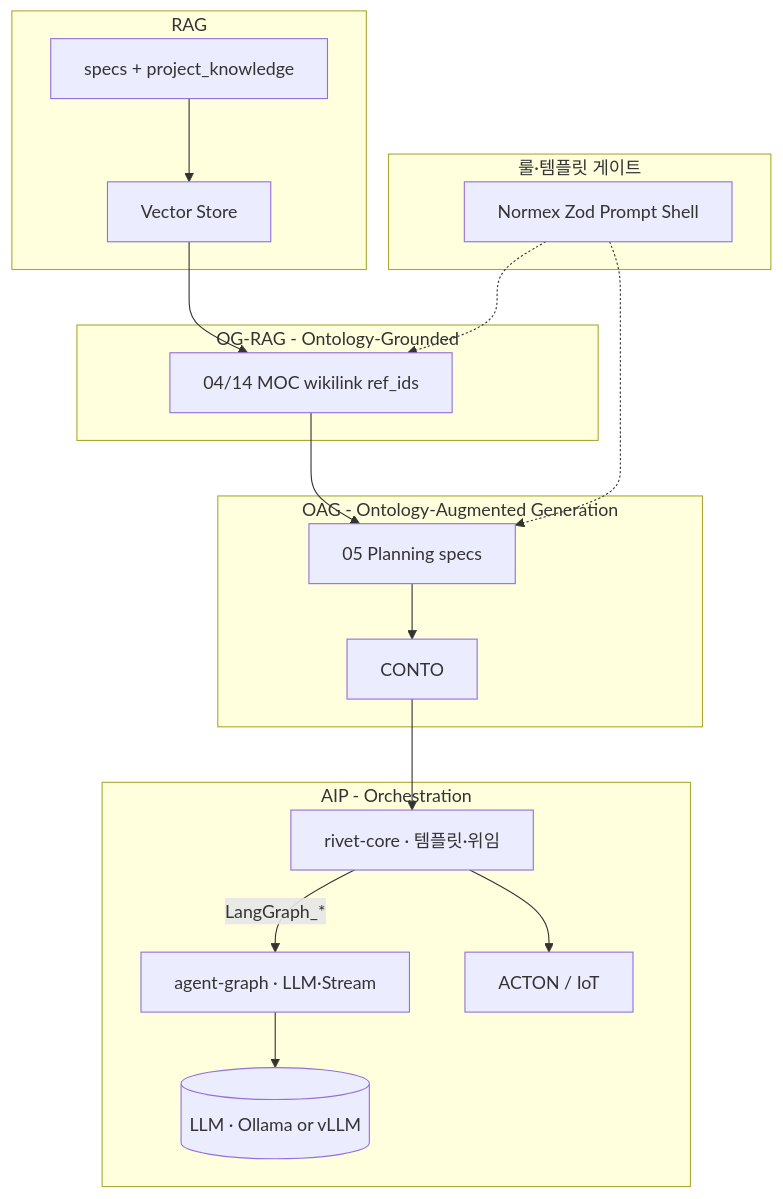
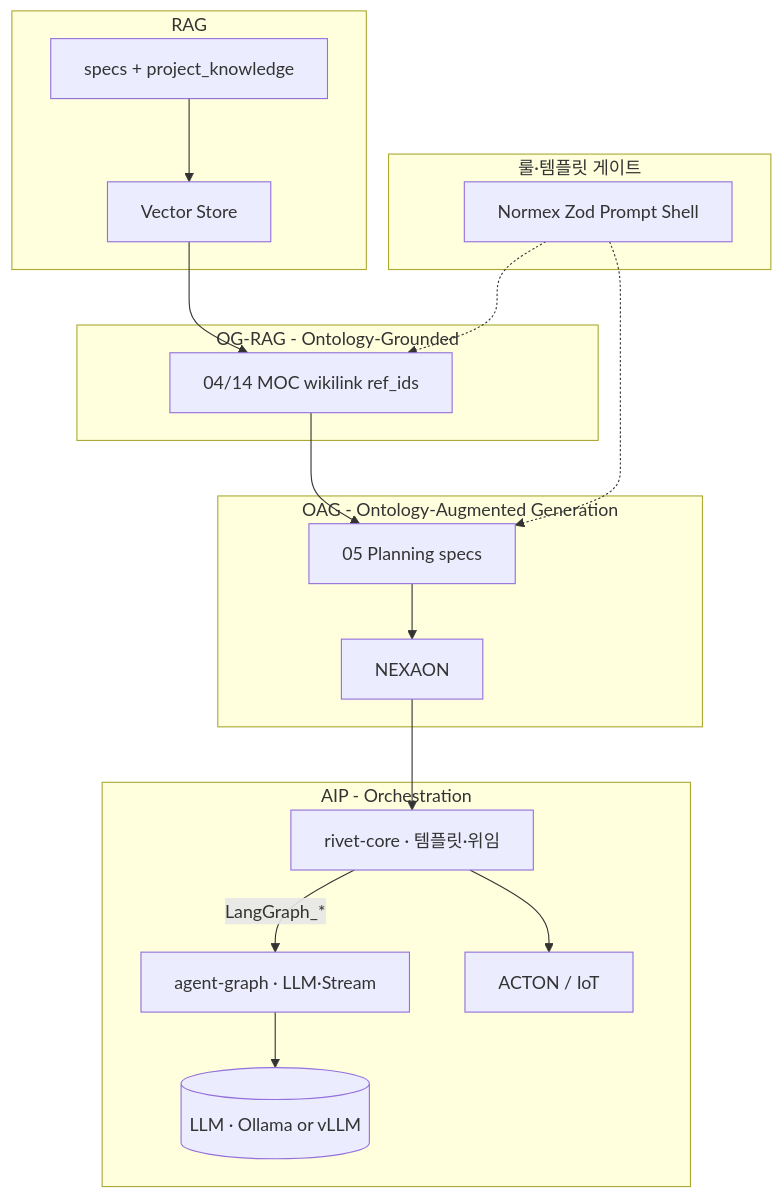
Before and after one commit to U2SOUTION/NEXA: the diagram in NEXA-Platform/docs/NEXA OS/Rivet/RAG · OAG · AIP — 지능 층위와 오케스트레이션.md, drawn with Mermaid. The commit also changed other lines of this file and 26 other files, not shown here.

````diff
--- a/NEXA-Platform/docs/NEXA OS/Rivet/RAG · OAG · AIP — 지능 층위와 오케스트레이션.md
+++ b/NEXA-Platform/docs/NEXA OS/Rivet/RAG · OAG · AIP — 지능 층위와 오케스트레이션.md
@@ -190,36 +190,36 @@
 ```mermaid
 flowchart TB
   subgraph rag [RAG]
     CORP[specs + project_knowledge]
     VS[Vector Store]
     CORP --> VS
   end
 
   subgraph ograg [OG-RAG - Ontology-Grounded]
     MOC[04/14 MOC wikilink ref_ids]
     VS --> MOC
   end
 
   subgraph oag [OAG - Ontology-Augmented Generation]
     C05[05 Planning specs]
-    CONTO[CONTO]
-    MOC --> C05 --> CONTO
+    NEXAON[NEXAON]
+    MOC --> C05 --> NEXAON
   end
 
   subgraph gate [룰·템플릿 게이트]
     NX[Normex Zod Prompt Shell]
   end
 
   subgraph aip [AIP - Orchestration]
     RC[rivet-core · 템플릿·위임]
     AG[agent-graph · LLM·Stream]
     OL[(LLM · Ollama or vLLM)]
     ACT[ACTON / IoT]
-    CONTO --> RC
+    NEXAON --> RC
     RC -->|LangGraph_*| AG
     AG --> OL
     NX -.-> MOC
     NX -.-> C05
     RC --> ACT
   end
 ```
````
